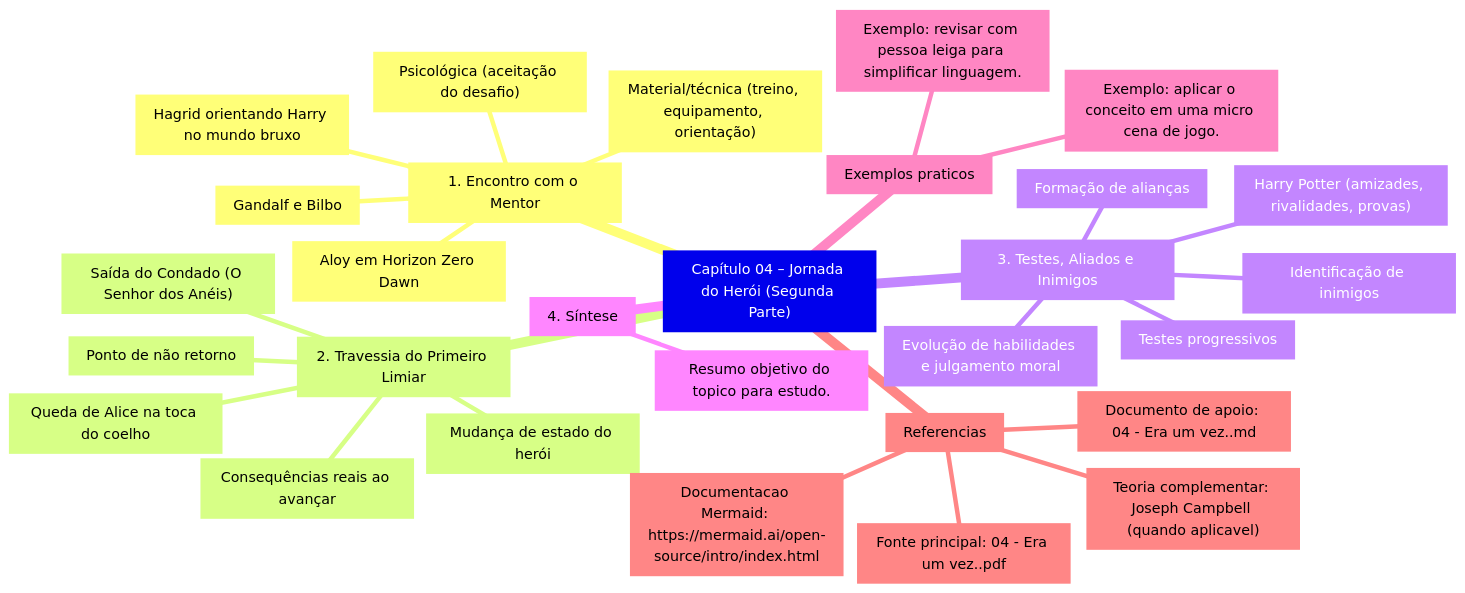
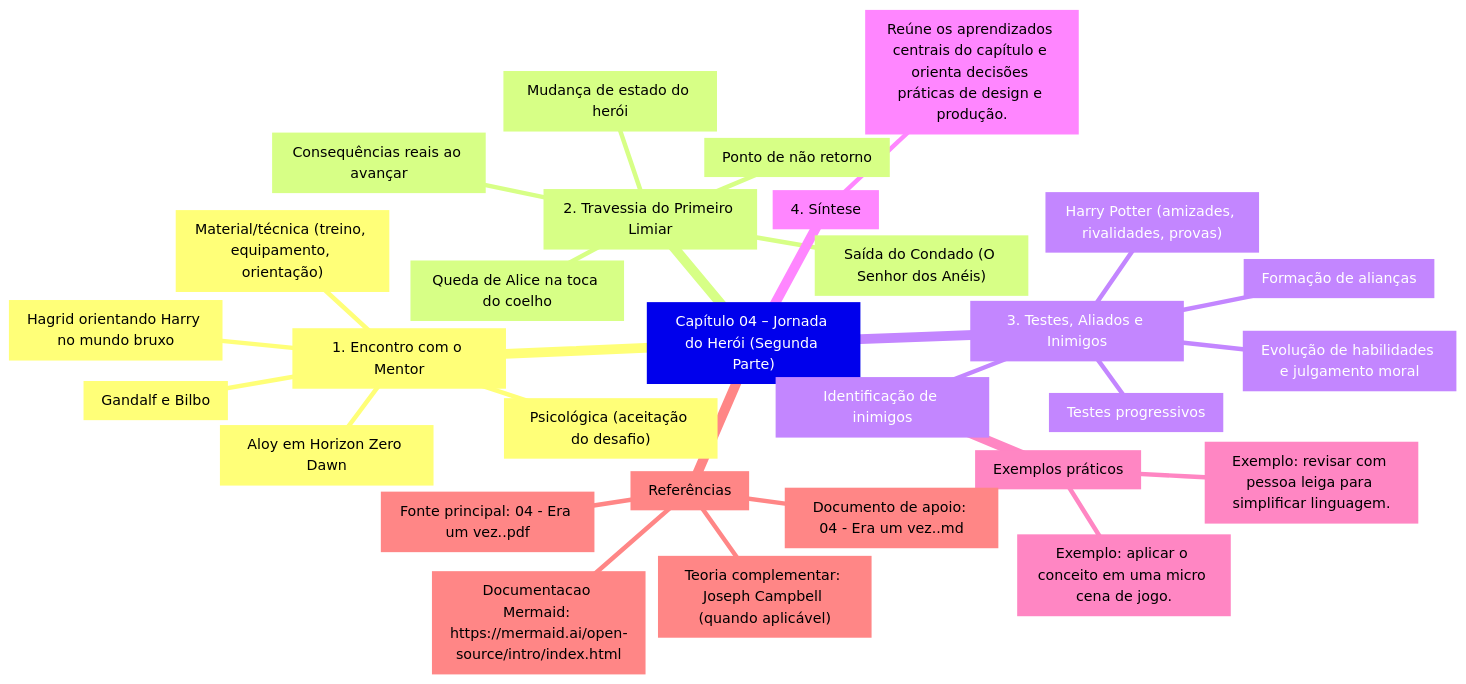
One commit to HillGnur/gdv-estudos changed the diagram in FASE02/04 - Era um vez..mmd. Above: the diagram before and after it, drawn with Mermaid. The commit also changed other lines of this file and 25 other files, not shown here.

```diff
--- a/FASE02/04 - Era um vez..mmd
+++ b/FASE02/04 - Era um vez..mmd
@@ -1,30 +1,30 @@
 mindmap
   root["Capítulo 04 – Jornada do Herói (Segunda Parte)"]
     s1["1. Encontro com o Mentor"]
       s1_1["Psicológica (aceitação do desafio)"]
       s1_2["Material/técnica (treino, equipamento, orientação)"]
       s1_3["Gandalf e Bilbo"]
       s1_4["Aloy em Horizon Zero Dawn"]
       s1_5["Hagrid orientando Harry no mundo bruxo"]
     s2["2. Travessia do Primeiro Limiar"]
       s2_1["Ponto de não retorno"]
       s2_2["Mudança de estado do herói"]
       s2_3["Consequências reais ao avançar"]
       s2_4["Saída do Condado (O Senhor dos Anéis)"]
       s2_5["Queda de Alice na toca do coelho"]
     s3["3. Testes, Aliados e Inimigos"]
       s3_1["Testes progressivos"]
       s3_2["Formação de alianças"]
       s3_3["Identificação de inimigos"]
       s3_4["Evolução de habilidades e julgamento moral"]
       s3_5["Harry Potter (amizades, rivalidades, provas)"]
     s4["4. Síntese"]
-      s4_1["Resumo objetivo do topico para estudo."]
-    exemplos["Exemplos praticos"]
+      s4_1["Reúne os aprendizados centrais do capítulo e orienta decisões práticas de design e produção."]
+    exemplos["Exemplos práticos"]
       ex1["Exemplo: aplicar o conceito em uma micro cena de jogo."]
       ex2["Exemplo: revisar com pessoa leiga para simplificar linguagem."]
-    refs["Referencias"]
+    refs["Referências"]
       ref1["Fonte principal: 04 - Era um vez..pdf"]
       ref2["Documento de apoio: 04 - Era um vez..md"]
-      ref3["Teoria complementar: Joseph Campbell (quando aplicavel)"]
+      ref3["Teoria complementar: Joseph Campbell (quando aplicável)"]
       ref4["Documentacao Mermaid: https://mermaid.ai/open-source/intro/index.html"]
```
